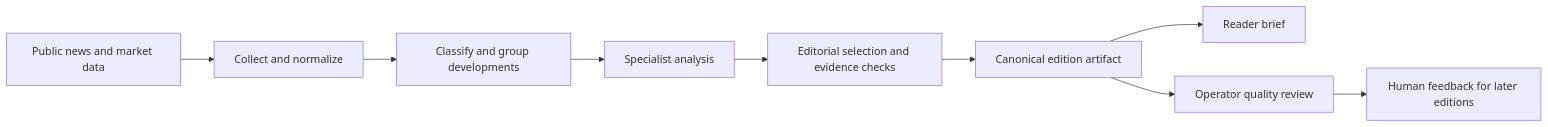
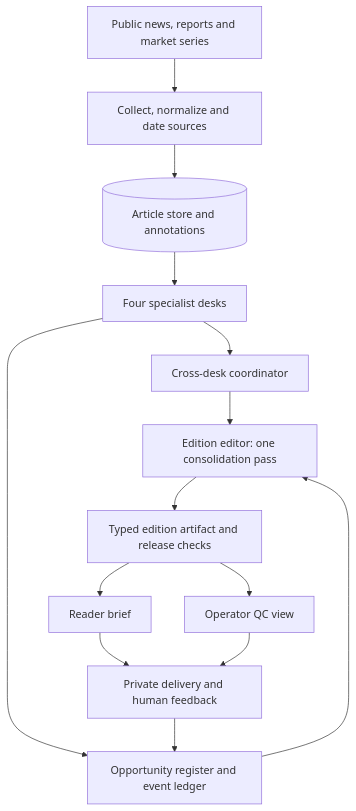
Before and after one commit to haiyan710/market-intelligence-demo: the diagram in README.md, drawn with Mermaid. The commit also changed other lines of this file and 2 other files, not shown here.

Commit message:
Document full architecture and agent orchestration

````diff
--- a/README.md
+++ b/README.md
@@ -21,11 +21,16 @@
 ```mermaid
-flowchart LR
-    A[Public news and market data] --> B[Collect and normalize]
-    B --> C[Classify and group developments]
-    C --> D[Specialist analysis]
-    D --> E[Editorial selection and evidence checks]
-    E --> F[Canonical edition artifact]
-    F --> G[Reader brief]
-    F --> H[Operator quality review]
-    H --> I[Human feedback for later editions]
+flowchart TB
+    A[Public news, reports and market series] --> B[Collect, normalize and date sources]
+    B --> C[(Article store and annotations)]
+    C --> D[Four specialist desks]
+    D --> E[Cross-desk coordinator]
+    D --> F[Opportunity register and event ledger]
+    E --> G[Edition editor: one consolidation pass]
+    F --> G
+    G --> H[Typed edition artifact and release checks]
+    H --> I[Reader brief]
+    H --> J[Operator QC view]
+    I --> K[Private delivery and human feedback]
+    J --> K
+    K --> F
 ```
````
